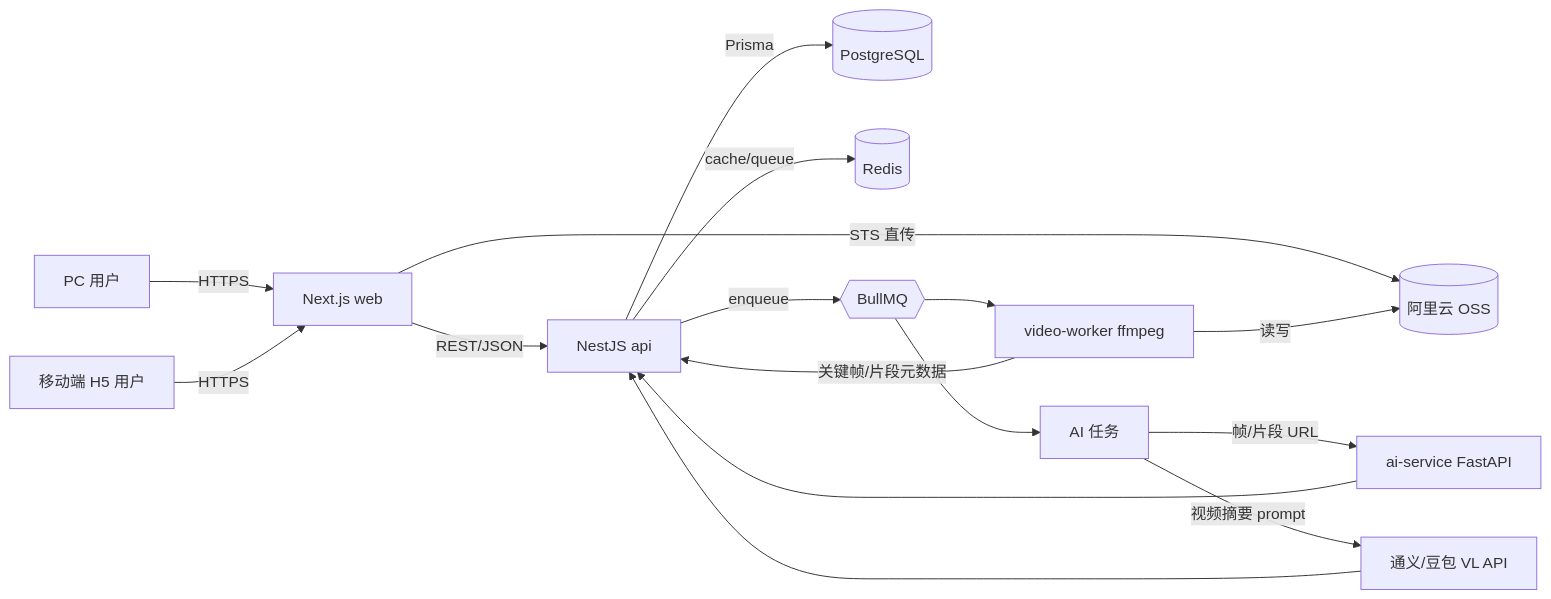
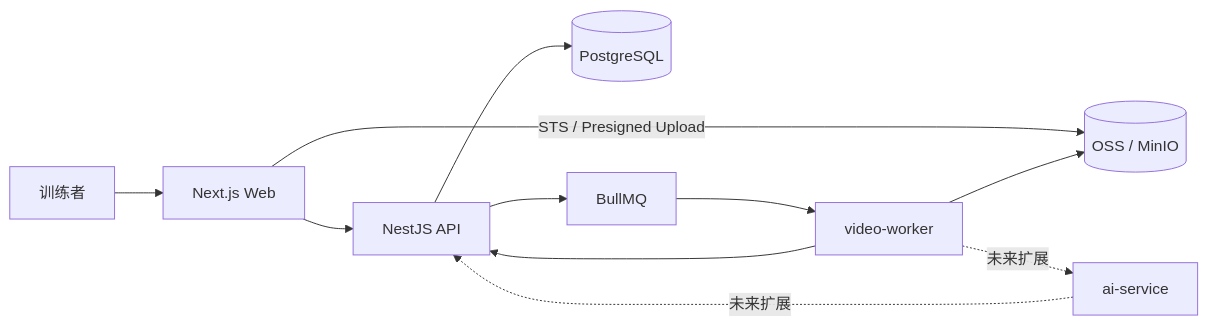
One commit to chao-chao-bot/CornerMan changed the first of 3 diagrams in docs/tech-design.md. Above: the diagram before and after it, drawn with Mermaid. The commit also changed other lines of this file and 66 other files, not shown here.

````diff
--- a/docs/tech-design.md
+++ b/docs/tech-design.md
@@ -65,18 +34,13 @@
 ```mermaid
 flowchart LR
-  PCUser[PC 用户] -->|HTTPS| Web[Next.js web]
-  H5User[移动端 H5 用户] -->|HTTPS| Web
-  Web -->|REST/JSON| API[NestJS api]
-  Web -->|STS 直传| OSS[(阿里云 OSS)]
-  API -->|Prisma| PG[(PostgreSQL)]
-  API -->|cache/queue| Redis[(Redis)]
-  API -->|enqueue| Queue{{BullMQ}}
-  Queue --> VideoWorker[video-worker ffmpeg]
-  VideoWorker -->|读写| OSS
-  VideoWorker -->|关键帧/片段元数据| API
-  Queue --> AIJobs[AI 任务]
-  AIJobs -->|帧/片段 URL| AIService[ai-service FastAPI]
-  AIJobs -->|视频摘要 prompt| LLM[通义/豆包 VL API]
-  AIService --> API
-  LLM --> API
+  User[训练者] --> Web[Next.js Web]
+  Web --> API[NestJS API]
+  API --> PG[(PostgreSQL)]
+  Web -->|"STS / Presigned Upload"| OSS[(OSS / MinIO)]
+  API --> Queue[BullMQ]
+  Queue --> Worker[video-worker]
+  Worker --> OSS
+  Worker --> API
+  Worker -.未来扩展.-> AIService[ai-service]
+  AIService -.未来扩展.-> API
 ```
````
